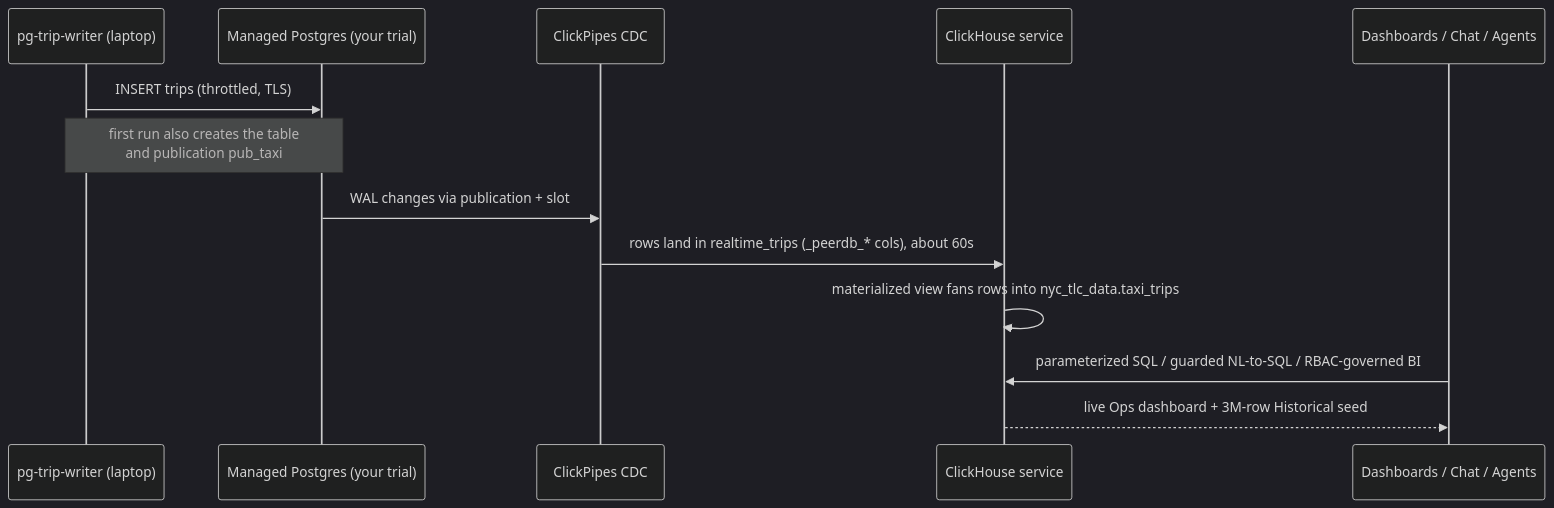
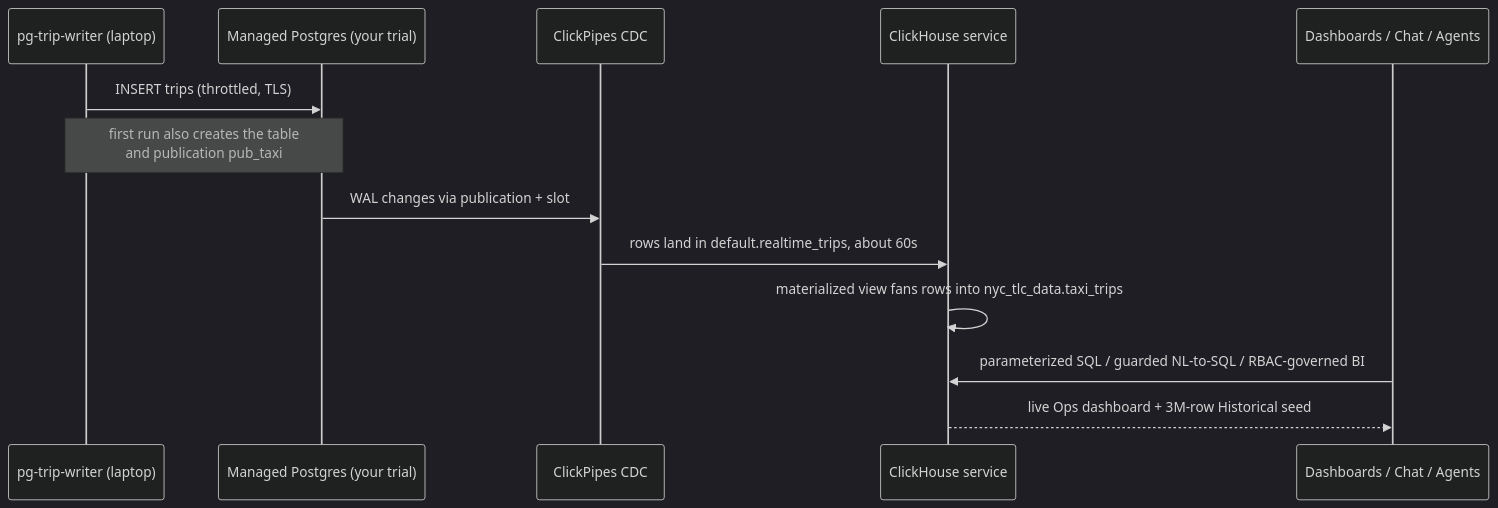
One commit to ClickHouse/ClickHouse_Demos changed the third of 4 diagrams in workshops/build_workshop/README.md. Above: the diagram before and after it, drawn with Mermaid (dark theme). The commit also changed 6 other files, not shown here.

Commit message:
style(design): FINDING-001 simplify workshop diagrams

````diff
--- a/workshops/build_workshop/README.md
+++ b/workshops/build_workshop/README.md
@@ -90,16 +90,16 @@
 ```mermaid
 sequenceDiagram
   participant G as pg-trip-writer (laptop)
   participant P as Managed Postgres (your trial)
   participant CP as ClickPipes CDC
   participant CH as ClickHouse service
   participant UI as Dashboards / Chat / Agents
 
   G->>P: INSERT trips (throttled, TLS)
   Note over G,P: first run also creates the table<br/>and publication pub_taxi
   P->>CP: WAL changes via publication + slot
-  CP->>CH: rows land in realtime_trips (_peerdb_* cols), about 60s
+  CP->>CH: rows land in default.realtime_trips, about 60s
   CH->>CH: materialized view fans rows into nyc_tlc_data.taxi_trips
   UI->>CH: parameterized SQL / guarded NL-to-SQL / RBAC-governed BI
   CH-->>UI: live Ops dashboard + 3M-row Historical seed
 ```
````
